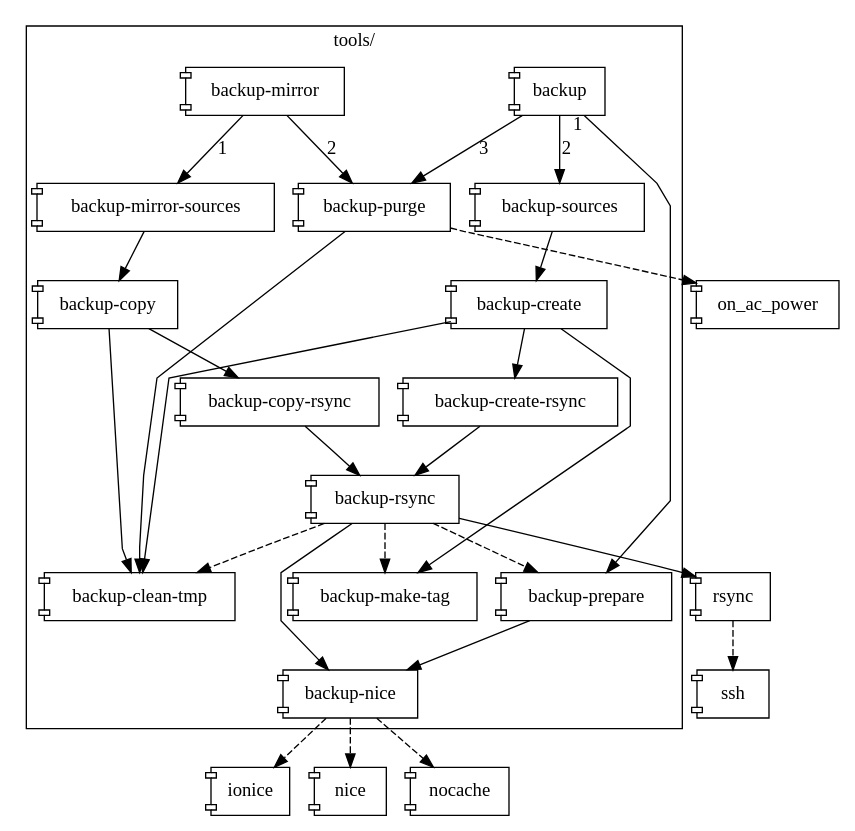
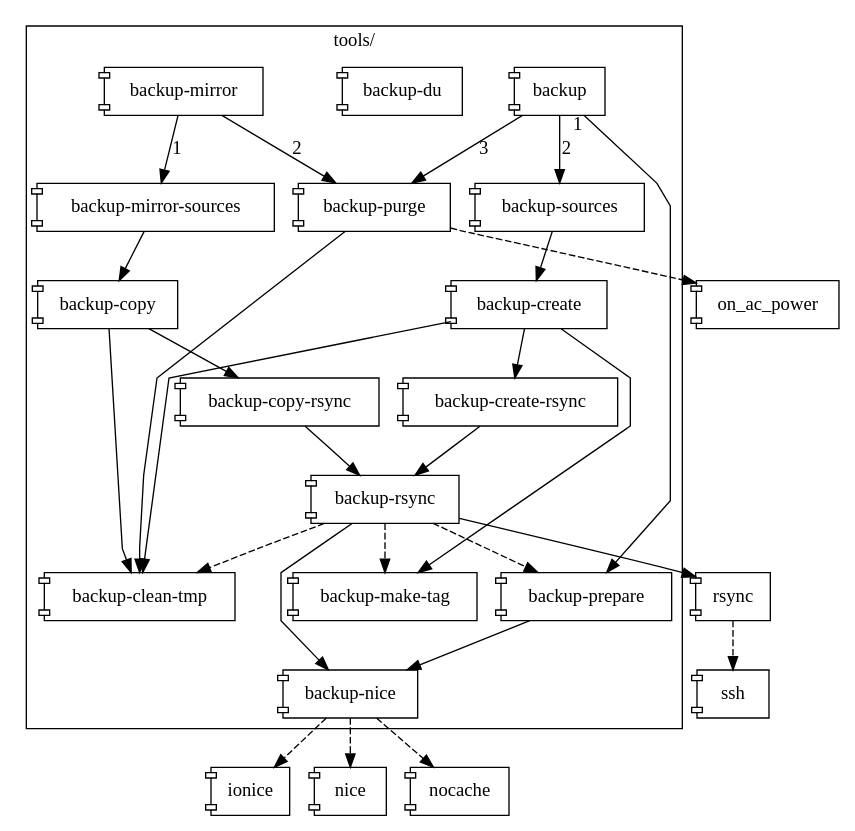
Before and after one commit to eehakkin/rsync-backup: the diagram in tools/doc/backup-all.gv, drawn with Graphviz. The commit also changed 4 other files, not shown here.

```diff
--- a/tools/doc/backup-all.gv
+++ b/tools/doc/backup-all.gv
@@ -1,34 +1,35 @@
 digraph "rsync-backup" {
 	graph	[ splines = polyline ]
 	node	[ shape = component, target = "_parent" ]
 	subgraph "cluster:tools" {
 		graph	[ label = "tools/" ]
 		node	[ URL = "../#\N" ]
 		"backup"		-> "backup-prepare"		[ taillabel = 1 ]
 		"backup"		-> "backup-sources"		[ label = 2 ]
 		"backup"		-> "backup-purge"		[ label = 3 ]
 		"backup-copy"		-> "backup-clean-tmp"
 		"backup-copy"		-> "backup-copy-rsync"
 		"backup-copy-rsync"	-> "backup-rsync"
+		"backup-du"
 		"backup-create"		-> "backup-clean-tmp"
 		"backup-create"		-> "backup-create-rsync"
 		"backup-create"		-> "backup-make-tag"
 		"backup-create-rsync"	-> "backup-rsync"
 		"backup-mirror"		-> "backup-mirror-sources"	[ label = 1 ]
 		"backup-mirror"		-> "backup-purge"		[ label = 2 ]
 		"backup-mirror-sources"	-> "backup-copy"
 		"backup-prepare"	-> "backup-nice"
 		"backup-purge"		-> "backup-clean-tmp"
 		"backup-rsync"		-> "backup-clean-tmp"		[ style = dashed ]
 		"backup-rsync"		-> "backup-make-tag"		[ style = dashed ]
 		"backup-rsync"		-> "backup-nice"		[ minlen = 2 ]
 		"backup-rsync"		-> "backup-prepare"		[ style = dashed ]
 		"backup-sources"	-> "backup-create"
 	}
 	"backup-nice"	-> "ionice"		[ style = dashed ]
 	"backup-nice"	-> "nice"		[ style = dashed ]
 	"backup-nice"	-> "nocache"		[ style = dashed ]
 	"backup-purge"	-> "on_ac_power"	[ style = dashed ]
 	"backup-rsync"	-> "rsync"
 	"rsync"		-> "ssh"		[ style = dashed ]
 }
```
